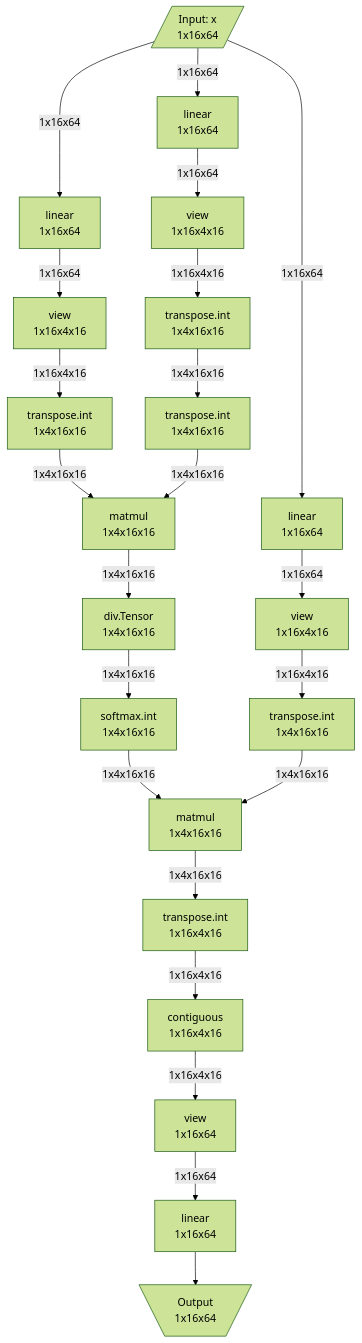
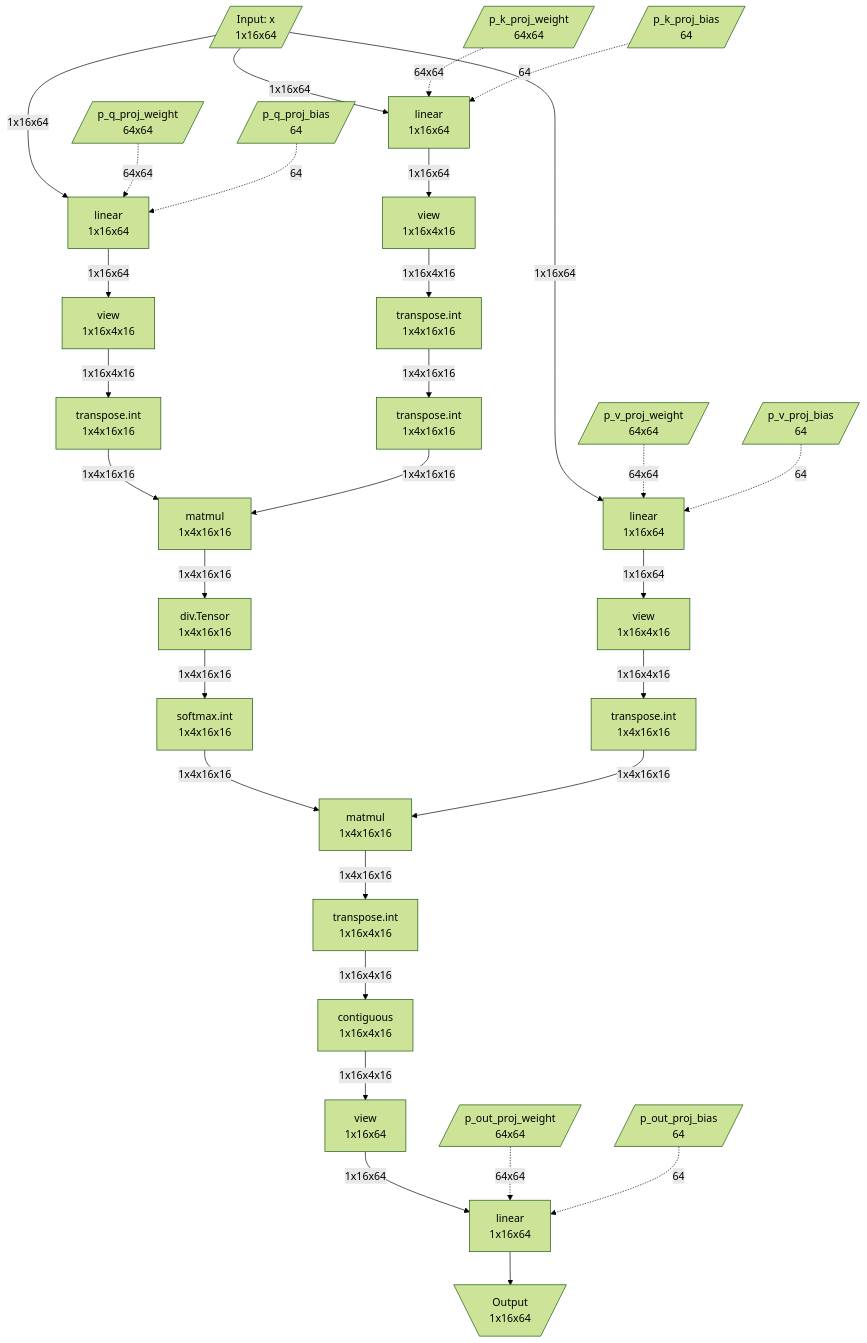
The second of 3 diagrams in docs/cli.ko.md (sweetcocoa/pytorch-ir), drawn with Mermaid (forest theme) before and after one commit. The commit also changed other lines of this file and 10 other files, not shown here.

First line of the commit message:
Add include_weights option to ir_to_mermaid and update docs

````diff
--- a/docs/cli.ko.md
+++ b/docs/cli.ko.md
@@ -209,44 +222,60 @@
     ```mermaid
     flowchart TD
         input_x[/"Input: x<br/>1x16x64"/]
         op_linear["linear<br/>1x16x64"]
         input_x -->|"1x16x64"| op_linear
-        op_linear_1["linear<br/>1x16x64"]
-        input_x -->|"1x16x64"| op_linear_1
-        op_linear_2["linear<br/>1x16x64"]
-        input_x -->|"1x16x64"| op_linear_2
+        w_p_q_proj_weight[/"p_q_proj_weight<br/>64x64"/]
+        w_p_q_proj_weight -.->|"64x64"| op_linear
+        w_p_q_proj_bias[/"p_q_proj_bias<br/>64"/]
+        w_p_q_proj_bias -.->|"64"| op_linear
         op_view["view<br/>1x16x4x16"]
         op_linear -->|"1x16x64"| op_view
         op_transpose["transpose.int<br/>1x4x16x16"]
         op_view -->|"1x16x4x16"| op_transpose
+        op_linear_1["linear<br/>1x16x64"]
+        input_x -->|"1x16x64"| op_linear_1
+        w_p_k_proj_weight[/"p_k_proj_weight<br/>64x64"/]
+        w_p_k_proj_weight -.->|"64x64"| op_linear_1
+        w_p_k_proj_bias[/"p_k_proj_bias<br/>64"/]
+        w_p_k_proj_bias -.->|"64"| op_linear_1
         op_view_1["view<br/>1x16x4x16"]
         op_linear_1 -->|"1x16x64"| op_view_1
         op_transpose_1["transpose.int<br/>1x4x16x16"]
         op_view_1 -->|"1x16x4x16"| op_transpose_1
+        op_linear_2["linear<br/>1x16x64"]
+        input_x -->|"1x16x64"| op_linear_2
+        w_p_v_proj_weight[/"p_v_proj_weight<br/>64x64"/]
+        w_p_v_proj_weight -.->|"64x64"| op_linear_2
+        w_p_v_proj_bias[/"p_v_proj_bias<br/>64"/]
+        w_p_v_proj_bias -.->|"64"| op_linear_2
         op_view_2["view<br/>1x16x4x16"]
         op_linear_2 -->|"1x16x64"| op_view_2
         op_transpose_2["transpose.int<br/>1x4x16x16"]
         op_view_2 -->|"1x16x4x16"| op_transpose_2
         op_transpose_3["transpose.int<br/>1x4x16x16"]
         op_transpose_1 -->|"1x4x16x16"| op_transpose_3
         op_matmul["matmul<br/>1x4x16x16"]
         op_transpose -->|"1x4x16x16"| op_matmul
         op_transpose_3 -->|"1x4x16x16"| op_matmul
         op_div["div.Tensor<br/>1x4x16x16"]
         op_matmul -->|"1x4x16x16"| op_div
         op_softmax["softmax.int<br/>1x4x16x16"]
         op_div -->|"1x4x16x16"| op_softmax
         op_matmul_1["matmul<br/>1x4x16x16"]
         op_softmax -->|"1x4x16x16"| op_matmul_1
         op_transpose_2 -->|"1x4x16x16"| op_matmul_1
         op_transpose_4["transpose.int<br/>1x16x4x16"]
         op_matmul_1 -->|"1x4x16x16"| op_transpose_4
         op_contiguous["contiguous<br/>1x16x4x16"]
         op_transpose_4 -->|"1x16x4x16"| op_contiguous
         op_view_3["view<br/>1x16x64"]
         op_contiguous -->|"1x16x4x16"| op_view_3
         op_linear_3["linear<br/>1x16x64"]
         op_view_3 -->|"1x16x64"| op_linear_3
+        w_p_out_proj_weight[/"p_out_proj_weight<br/>64x64"/]
+        w_p_out_proj_weight -.->|"64x64"| op_linear_3
+        w_p_out_proj_bias[/"p_out_proj_bias<br/>64"/]
+        w_p_out_proj_bias -.->|"64"| op_linear_3
         output_0[\"Output<br/>1x16x64"/]
         op_linear_3 --> output_0
     ```
````
